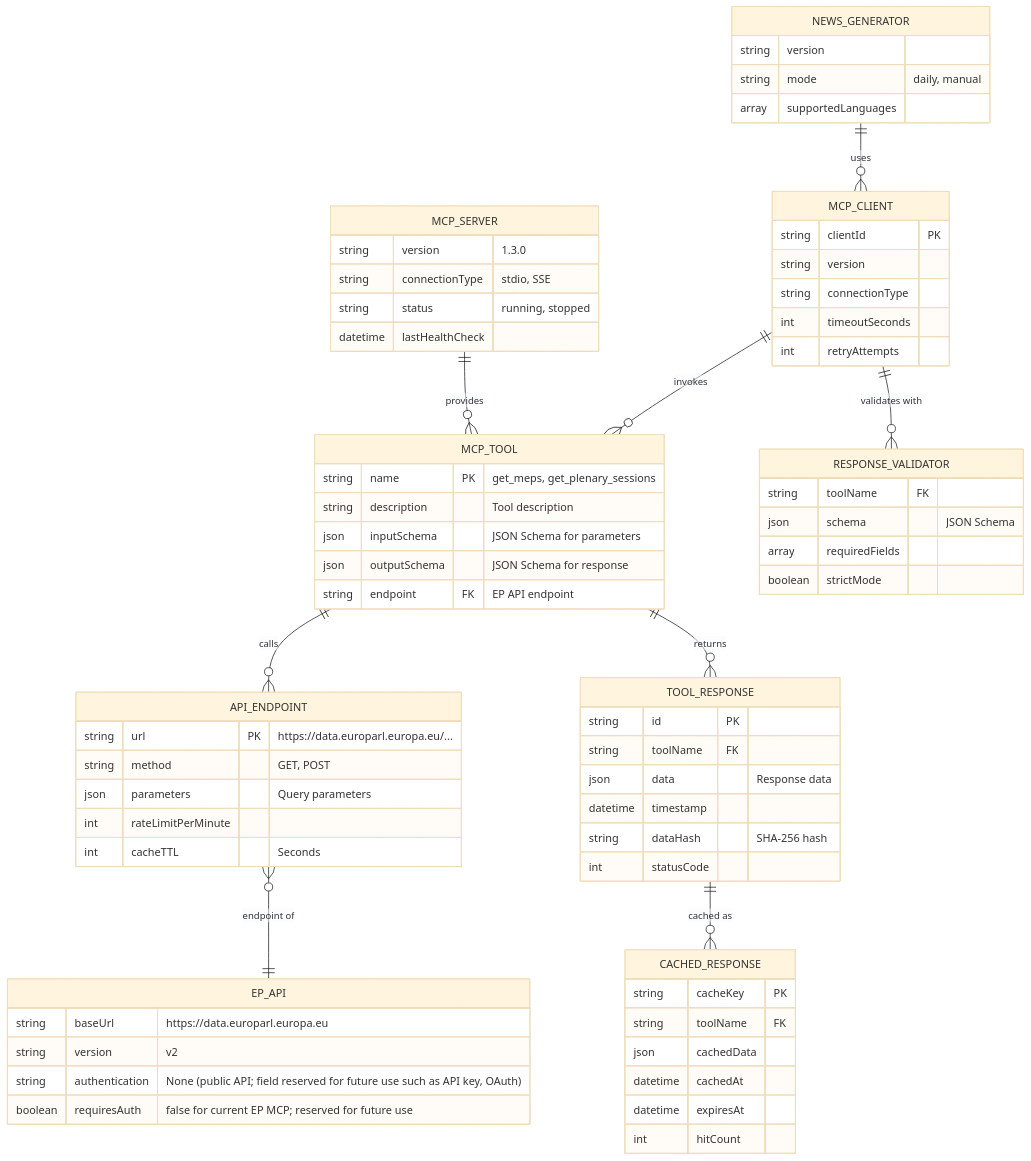
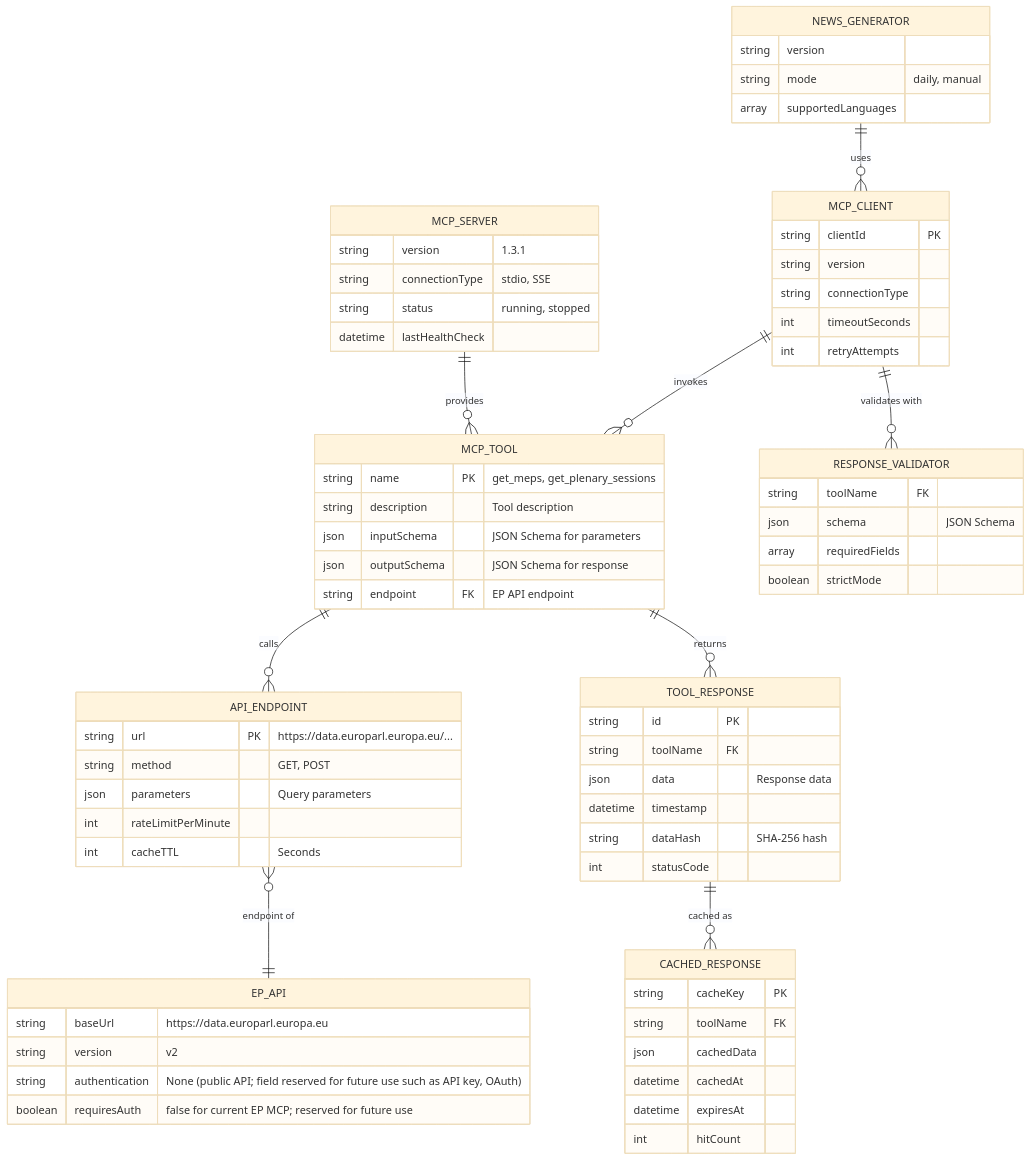
Before and after one commit to Hack23/euparliamentmonitor: the third of 9 diagrams in DATA_MODEL.md, drawn with Mermaid (base theme). The commit also changed other lines of this file and 65 other files, not shown here.

````diff
--- a/DATA_MODEL.md
+++ b/DATA_MODEL.md
@@ -974,81 +974,81 @@
 ```mermaid
 erDiagram
     MCP_SERVER ||--o{ MCP_TOOL : "provides"
     MCP_TOOL ||--o{ API_ENDPOINT : "calls"
     API_ENDPOINT }o--|| EP_API : "endpoint of"
     MCP_TOOL ||--o{ TOOL_RESPONSE : "returns"
     TOOL_RESPONSE ||--o{ CACHED_RESPONSE : "cached as"
 
     NEWS_GENERATOR ||--o{ MCP_CLIENT : "uses"
     MCP_CLIENT ||--o{ MCP_TOOL : "invokes"
     MCP_CLIENT ||--o{ RESPONSE_VALIDATOR : "validates with"
 
     MCP_SERVER {
-        string version "1.3.0"
+        string version "1.3.1"
         string connectionType "stdio, SSE"
         string status "running, stopped"
         datetime lastHealthCheck
     }
 
     MCP_TOOL {
         string name PK "get_meps, get_plenary_sessions"
         string description "Tool description"
         json inputSchema "JSON Schema for parameters"
         json outputSchema "JSON Schema for response"
         string endpoint FK "EP API endpoint"
     }
 
     API_ENDPOINT {
         string url PK "https://data.europarl.europa.eu/..."
         string method "GET, POST"
         json parameters "Query parameters"
         int rateLimitPerMinute
         int cacheTTL "Seconds"
     }
 
     EP_API {
         string baseUrl "https://data.europarl.europa.eu"
         string version "v2"
         string authentication "None (public API; field reserved for future use such as API key, OAuth)"
         boolean requiresAuth "false for current EP MCP; reserved for future use"
     }
 
     TOOL_RESPONSE {
         string id PK
         string toolName FK
         json data "Response data"
         datetime timestamp
         string dataHash "SHA-256 hash"
         int statusCode
     }
 
     CACHED_RESPONSE {
         string cacheKey PK
         string toolName FK
         json cachedData
         datetime cachedAt
         datetime expiresAt
         int hitCount
     }
 
     MCP_CLIENT {
         string clientId PK
         string version
         string connectionType
         int timeoutSeconds
         int retryAttempts
     }
 
     RESPONSE_VALIDATOR {
         string toolName FK
         json schema "JSON Schema"
         array requiredFields
         boolean strictMode
     }
 
     NEWS_GENERATOR {
         string version
         string mode "daily, manual"
         array supportedLanguages
     }
 ```
````
